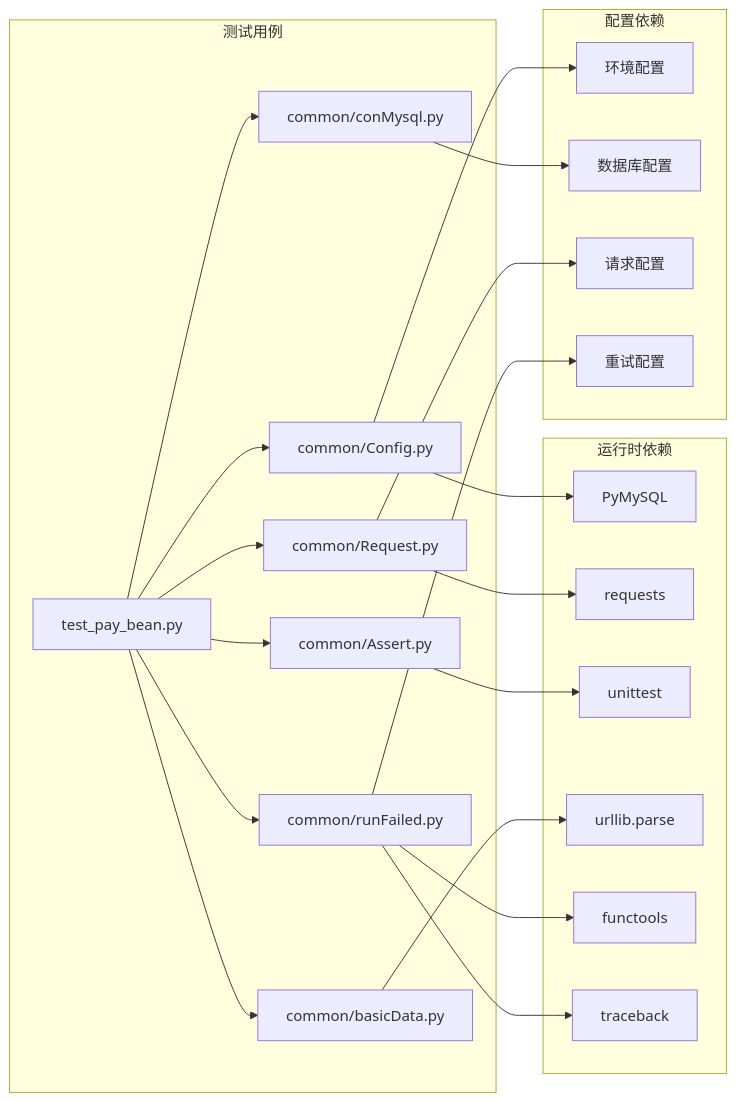
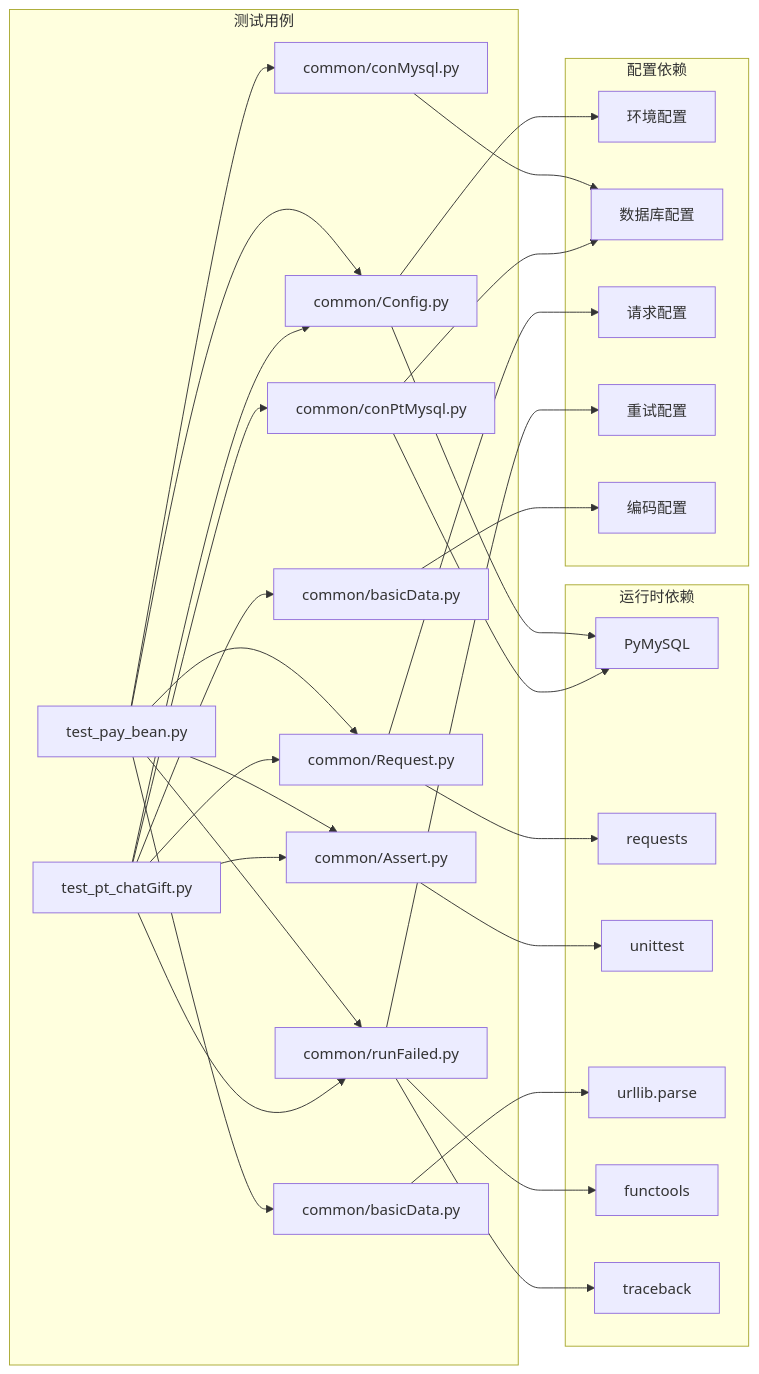
Before and after one commit to liximing1-ola/qa-payTest: the eighth of 9 diagrams in .qoder/repowiki/zh/content/支付测试用例/私聊付费测试.md, drawn with Mermaid. The commit also changed other lines of this file and 5 other files, not shown here.

````diff
--- a/.qoder/repowiki/zh/content/支付测试用例/私聊付费测试.md
+++ b/.qoder/repowiki/zh/content/支付测试用例/私聊付费测试.md
@@ -332,25 +402,34 @@
 ```mermaid
 graph LR
 subgraph "测试用例"
 A[test_pay_bean.py] --> B[common/Config.py]
 A --> C[common/conMysql.py]
 A --> D[common/Request.py]
 A --> E[common/Assert.py]
 A --> F[common/basicData.py]
 A --> G[common/runFailed.py]
+H[test_pt_chatGift.py] --> B
+H --> I[common/conPtMysql.py]
+H --> D
+H --> E
+H --> J[common/basicData.py]
+H --> G
 end
 subgraph "运行时依赖"
-B --> H[PyMySQL]
-D --> I[requests]
-E --> J[unittest]
-F --> K[urllib.parse]
-G --> L[functools]
-G --> M[traceback]
+B --> K[PyMySQL]
+D --> L[requests]
+E --> M[unittest]
+F --> N[urllib.parse]
+G --> O[functools]
+G --> P[traceback]
+I --> K
 end
 subgraph "配置依赖"
-B --> N[环境配置]
-C --> O[数据库配置]
-D --> P[请求配置]
-G --> Q[重试配置]
+B --> Q[环境配置]
+C --> R[数据库配置]
+I --> R
+D --> S[请求配置]
+G --> T[重试配置]
+J --> U[编码配置]
 end
 ```
````
